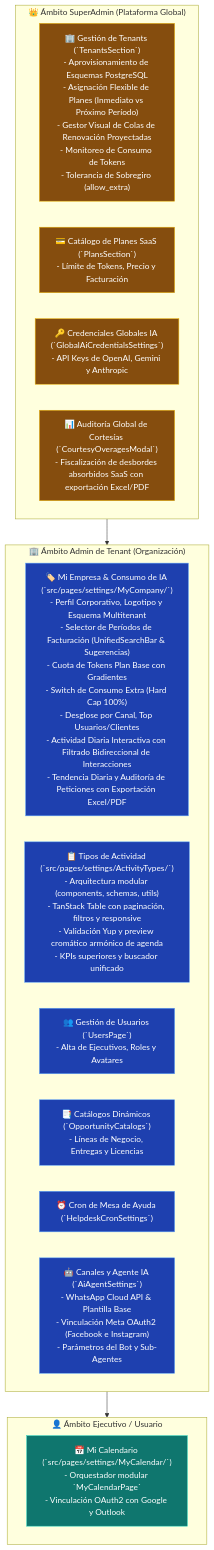
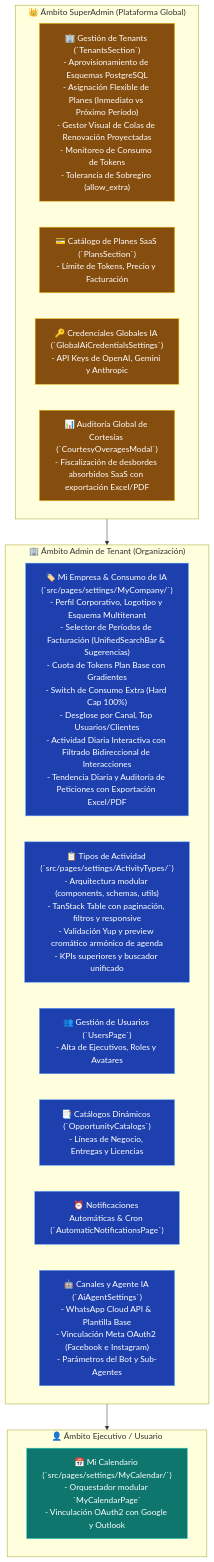
One commit to DesarrolloTibs/crm-tibs-app changed the diagram in Proyectos/CRM TIBS - Centro de Configuracion, Tenants & Roles.md. Above: the diagram before and after it, drawn with Mermaid. The commit also changed other lines of this file and 11 other files, not shown here.

Commit message:
[add] refactor automatic notifications - Settings

````diff
--- a/Proyectos/CRM TIBS - Centro de Configuracion, Tenants & Roles.md
+++ b/Proyectos/CRM TIBS - Centro de Configuracion, Tenants & Roles.md
@@ -26,33 +26,33 @@
 ```mermaid
 graph TD
     subgraph AmbitoSuperAdmin ["👑 Ámbito SuperAdmin (Plataforma Global)"]
         Tenants["🏢 Gestión de Tenants (`TenantsSection`)<br/>- Aprovisionamiento de Esquemas PostgreSQL<br/>- Asignación Flexible de Planes (Inmediato vs Próximo Período)<br/>- Gestor Visual de Colas de Renovación Proyectadas<br/>- Monitoreo de Consumo de Tokens<br/>- Tolerancia de Sobregiro (allow_extra)"]
         Plans["💳 Catálogo de Planes SaaS (`PlansSection`)<br/>- Límite de Tokens, Precio y Facturación"]
         AICreds["🔑 Credenciales Globales IA (`GlobalAiCredentialsSettings`)<br/>- API Keys de OpenAI, Gemini y Anthropic"]
         GlobalAudit["📊 Auditoría Global de Cortesías (`CourtesyOveragesModal`)<br/>- Fiscalización de desbordes absorbidos SaaS con exportación Excel/PDF"]
     end
 
     subgraph AmbitoAdmin ["🏢 Ámbito Admin de Tenant (Organización)"]
         Company["🏷️ Mi Empresa & Consumo de IA (`src/pages/settings/MyCompany/`)<br/>- Perfil Corporativo, Logotipo y Esquema Multitenant<br/>- Selector de Períodos de Facturación (UnifiedSearchBar & Sugerencias)<br/>- Cuota de Tokens Plan Base con Gradientes<br/>- Switch de Consumo Extra (Hard Cap 100%)<br/>- Desglose por Canal, Top Usuarios/Clientes<br/>- Actividad Diaria Interactiva con Filtrado Bidireccional de Interacciones<br/>- Tendencia Diaria y Auditoría de Peticiones con Exportación Excel/PDF"]
         ActivityTypes["📋 Tipos de Actividad (`src/pages/settings/ActivityTypes/`)<br/>- Arquitectura modular (components, schemas, utils)<br/>- TanStack Table con paginación, filtros y responsive<br/>- Validación Yup y preview cromático armónico de agenda<br/>- KPIs superiores y buscador unificado"]
         Users["👥 Gestión de Usuarios (`UsersPage`)<br/>- Alta de Ejecutivos, Roles y Avatares"]
         Catalogs["📑 Catálogos Dinámicos (`OpportunityCatalogs`)<br/>- Líneas de Negocio, Entregas y Licencias"]
-        CronSLA["⏰ Cron de Mesa de Ayuda (`HelpdeskCronSettings`)"]
+        CronSLA["⏰ Notificaciones Automáticas & Cron (`AutomaticNotificationsPage`)"]
         BotConfig["🤖 Canales y Agente IA (`AiAgentSettings`)<br/>- WhatsApp Cloud API & Plantilla Base<br/>- Vinculación Meta OAuth2 (Facebook e Instagram)<br/>- Parámetros del Bot y Sub-Agentes"]
     end
 
     subgraph AmbitoPersonal ["👤 Ámbito Ejecutivo / Usuario"]
         MyCal["📅 Mi Calendario (`src/pages/settings/MyCalendar/`)<br/>- Orquestador modular `MyCalendarPage`<br/>- Vinculación OAuth2 con Google y Outlook"]
     end
 
     AmbitoSuperAdmin --> AmbitoAdmin
     AmbitoAdmin --> AmbitoPersonal
 
     classDef sa fill:#854d0e,stroke:#eab308,color:#fff;
     classDef adm fill:#1e40af,stroke:#60a5fa,color:#fff;
     classDef usr fill:#0f766e,stroke:#2dd4bf,color:#fff;
 
     class Tenants,Plans,AICreds,GlobalAudit sa;
     class Company,Users,Catalogs,CronSLA,BotConfig,ActivityTypes adm;
     class MyCal usr;
 ```
````
